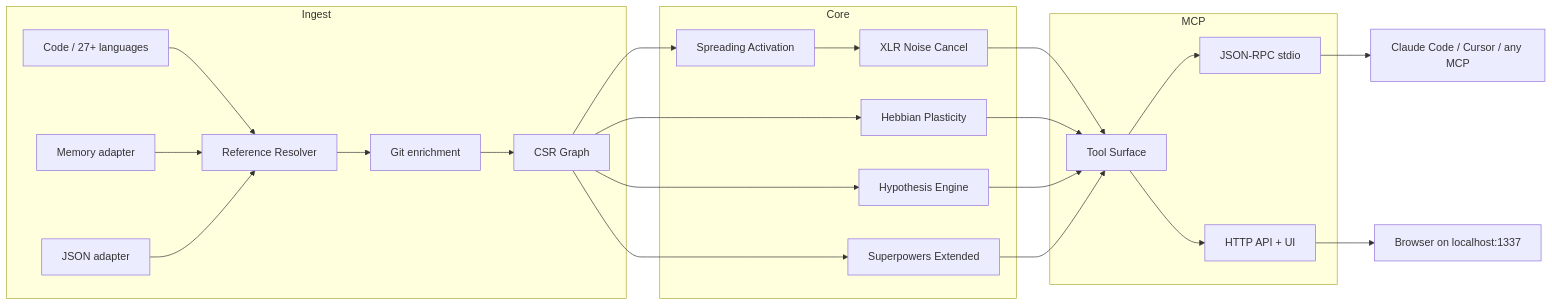
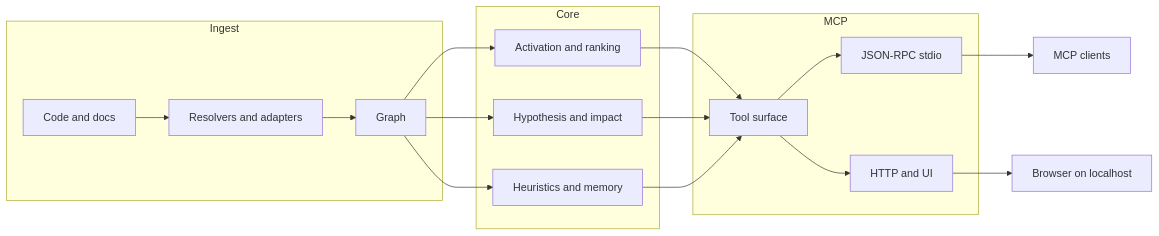
Before and after one commit to maxkle1nz/m1nd: the diagram in README.md, drawn with Mermaid. The commit also changed other lines of this file and 1 other file, not shown here.

````diff
--- a/README.md
+++ b/README.md
@@ -489,27 +538,21 @@
 ```mermaid
 graph LR
     subgraph Ingest
-        A[Code / 27+ languages] --> R[Reference Resolver]
-        MA[Memory adapter] --> R
-        JA[JSON adapter] --> R
-        R --> GD[Git enrichment]
-        GD --> G[CSR Graph]
+        A[Code and docs] --> R[Resolvers and adapters]
+        R --> G[Graph]
     end
     subgraph Core
-        G --> SA[Spreading Activation]
-        G --> HP[Hebbian Plasticity]
-        G --> HY[Hypothesis Engine]
-        G --> SX[Superpowers Extended]
-        SA --> XLR[XLR Noise Cancel]
+        G --> SA[Activation and ranking]
+        G --> HY[Hypothesis and impact]
+        G --> HS[Heuristics and memory]
     end
     subgraph MCP
-        XLR --> T[Tool Surface]
-        HP --> T
+        SA --> T[Tool surface]
         HY --> T
-        SX --> T
+        HS --> T
         T --> IO[JSON-RPC stdio]
-        T --> HTTP[HTTP API + UI]
+        T --> HTTP[HTTP and UI]
     end
-    IO --> C[Claude Code / Cursor / any MCP]
-    HTTP --> B[Browser on localhost:1337]
+    IO --> C[MCP clients]
+    HTTP --> B[Browser on localhost]
 ```
````
